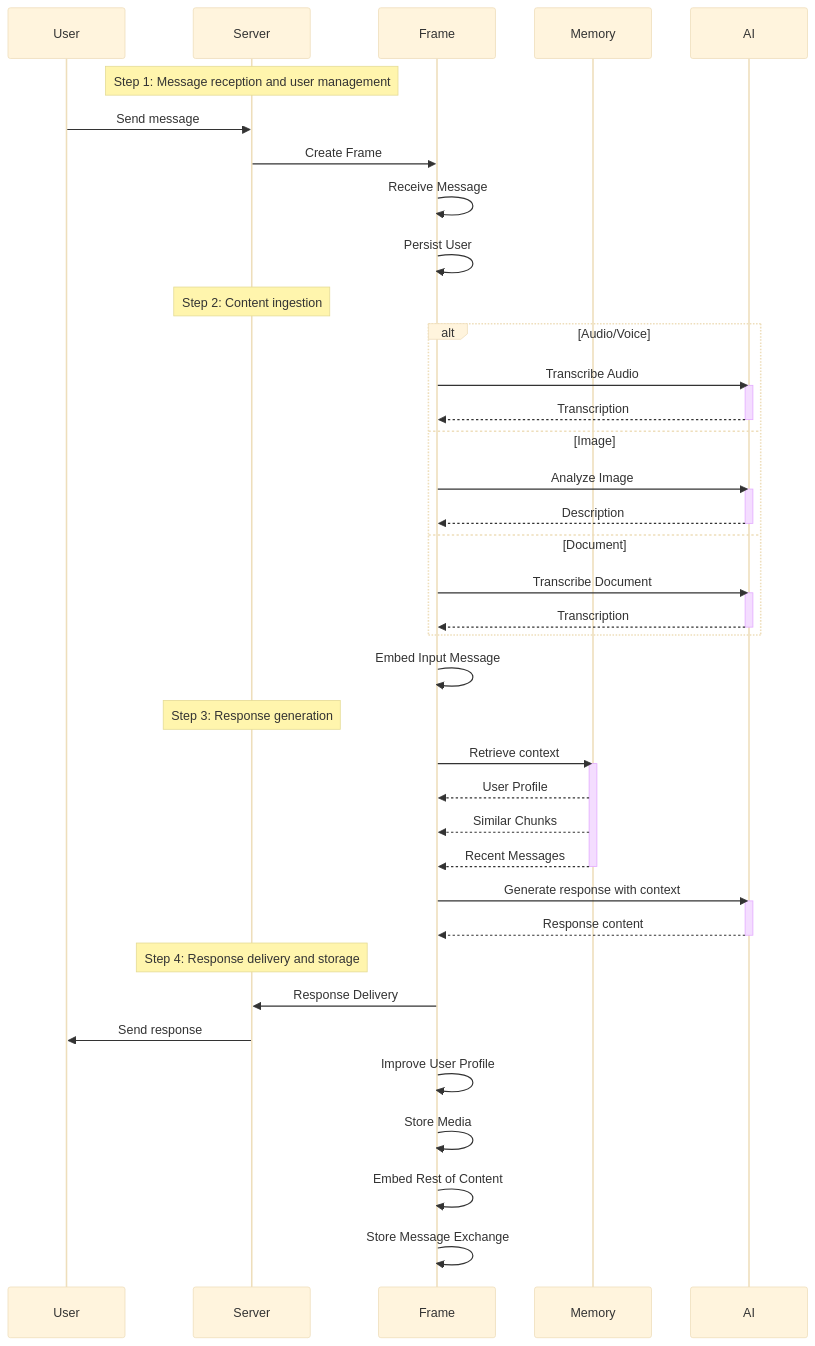
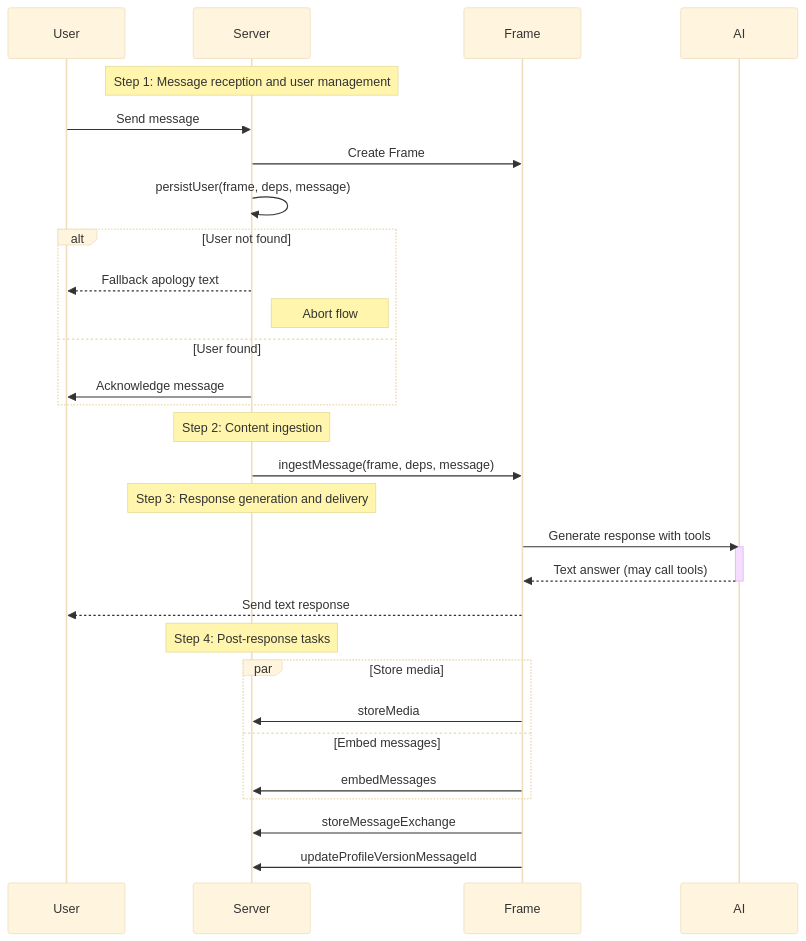
Before and after one commit to malbq/whatsapp-agents: the first of 4 diagrams in spec/features/agentWorkflow.md, drawn with Mermaid (base theme). The commit also changed other lines of this file and 4 other files, not shown here.

````diff
--- a/spec/features/agentWorkflow.md
+++ b/spec/features/agentWorkflow.md
@@ -11,53 +11,37 @@
 ```mermaid
 sequenceDiagram
     participant U as User
     participant S as Server
     participant F as Frame
-    participant M as Memory
     participant L as AI
 
     Note over S: Step 1: Message reception and user management
     U->>S: Send message
     S->>F: Create Frame
-    F->>F: Receive Message
-    F->>F: Persist User
+    S->>S: persistUser(frame, deps, message)
+    alt User not found
+        S-->>U: Fallback apology text
+        note right of S: Abort flow
+    else User found
+        S->>U: Acknowledge message
+    end
 
     Note over S: Step 2: Content ingestion
-    alt Audio/Voice
-        F->>L: Transcribe Audio
-        activate L
-        L-->>F: Transcription
-        deactivate L
-    else Image
-        F->>L: Analyze Image
-        activate L
-        L-->>F: Description
-        deactivate L
-    else Document
-        F->>L: Transcribe Document
-        activate L
-        L-->>F: Transcription
-        deactivate L
+    S->>F: ingestMessage(frame, deps, message)
+
+    Note over S: Step 3: Response generation and delivery
+    F->>L: Generate response with tools
+    activate L
+    L-->>F: Text answer (may call tools)
+    deactivate L
+    F-->>U: Send text response
+
+    Note over S: Step 4: Post-response tasks
+    par Store media
+        F->>S: storeMedia
+    and Embed messages
+        F->>S: embedMessages
     end
-    F->>F: Embed Input Message
-
-    Note over S: Step 3: Response generation
-    F->>M: Retrieve context
-    activate M
-    M-->>F: User Profile
-    M-->>F: Similar Chunks
-    M-->>F: Recent Messages
-    deactivate M
-    F->>L: Generate response with context
-    activate L
-    L-->>F: Response content
-    deactivate L
-
-    Note over S: Step 4: Response delivery and storage
-    F->>S: Response Delivery
-    S->>U: Send response
-    F->>F: Improve User Profile
-    F->>F: Store Media
-    F->>F: Embed Rest of Content
-    F->>F: Store Message Exchange
+    F->>S: storeMessageExchange
+    F->>S: updateProfileVersionMessageId
 ```
````
